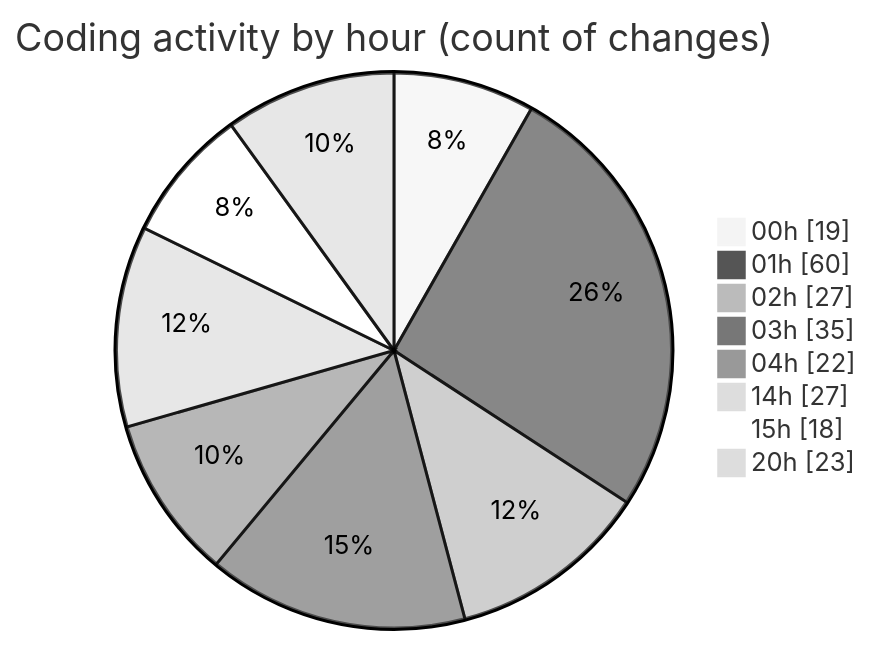
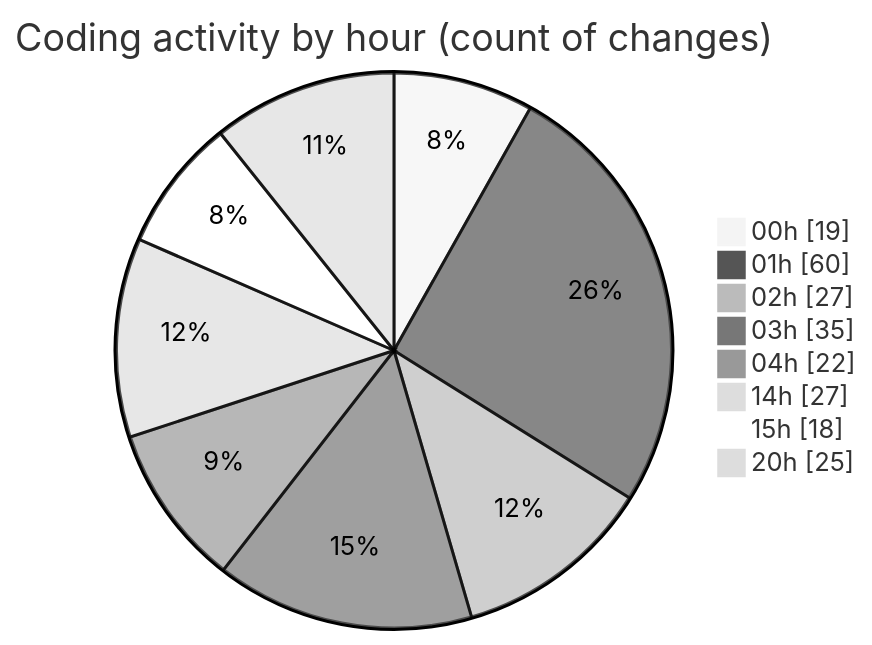
The second of 2 diagrams in 2025-07-25/quanlyrapchieuphim-1/README.md (lephambinh05/code-tracking), drawn with Mermaid (neutral theme) before and after one commit. The commit also changed other lines of this file and 1 other file, not shown here.

````diff
--- a/2025-07-25/quanlyrapchieuphim-1/README.md
+++ b/2025-07-25/quanlyrapchieuphim-1/README.md
@@ -36,12 +36,12 @@
 ```mermaid
 pie showData
 title Coding activity by hour (count of changes)
 "00h" : 19
 "01h" : 60
 "02h" : 27
 "03h" : 35
 "04h" : 22
 "14h" : 27
 "15h" : 18
-"20h" : 23
+"20h" : 25
 ```
````
